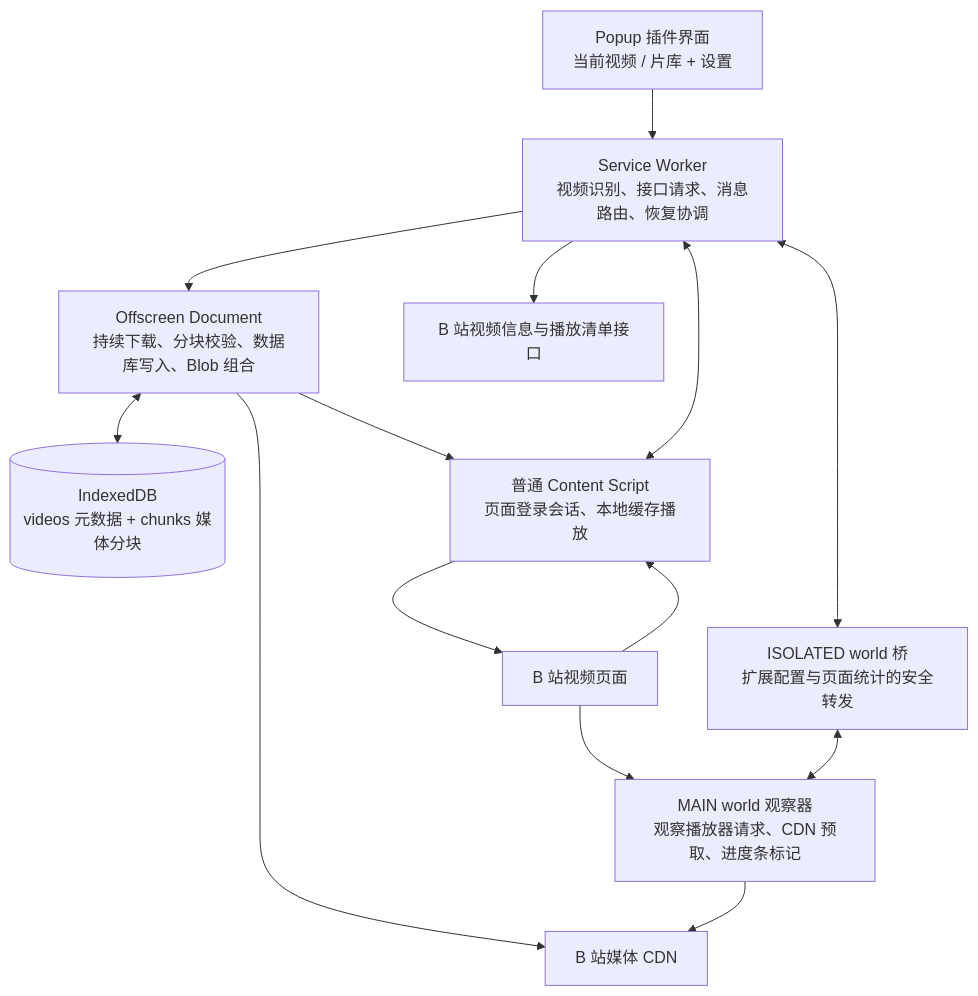
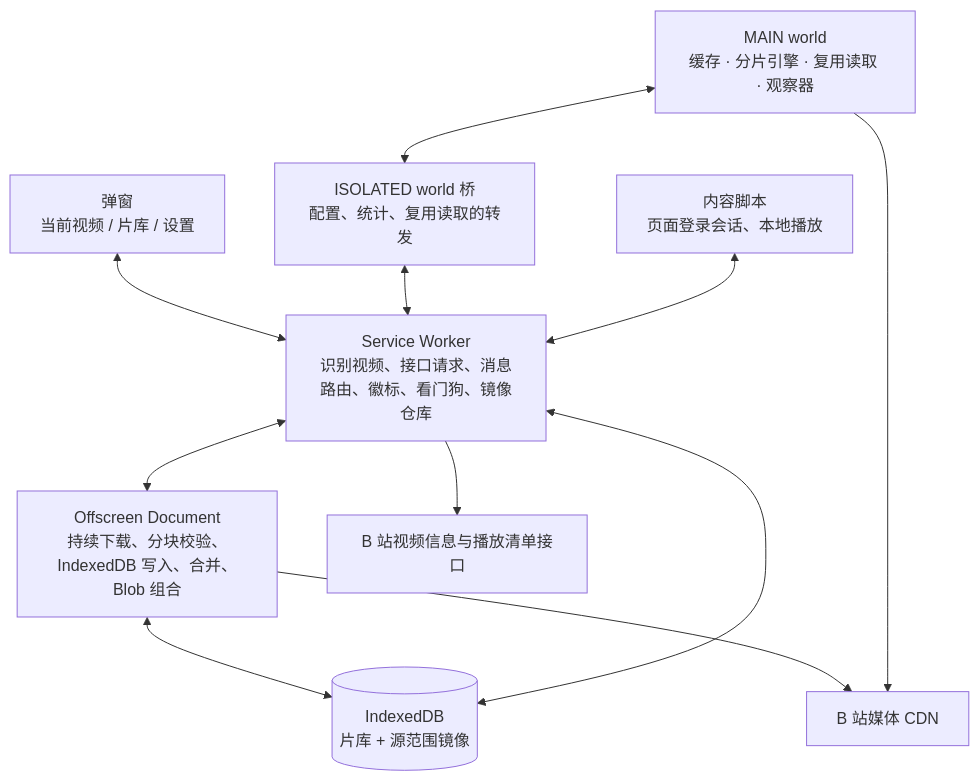
One commit to Kihara-Ri/bilibili-buffer-extension changed the diagram in 技术文档.md. Above: the diagram before and after it, drawn with Mermaid. The commit also changed other lines of this file and 27 other files, not shown here.

````diff
--- a/技术文档.md
+++ b/技术文档.md
@@ -31,28 +51,23 @@
 ```mermaid
 flowchart TB
-    UI["Popup 插件界面<br/>当前视频 / 片库 + 设置"]
-    BG["Service Worker<br/>视频识别、接口请求、消息路由、恢复协调"]
-    OFF["Offscreen Document<br/>持续下载、分块校验、数据库写入、Blob 组合"]
-    DB[("IndexedDB<br/>videos 元数据 + chunks 媒体分块")]
-    PAGE["B 站视频页面"]
-    MAIN["MAIN world 观察器<br/>观察播放器请求、CDN 预取、进度条标记"]
-    BRIDGE["ISOLATED world 桥<br/>扩展配置与页面统计的安全转发"]
-    CONTENT["普通 Content Script<br/>页面登录会话、本地缓存播放"]
+    UI["弹窗<br/>当前视频 / 片库 / 设置"]
+    BG["Service Worker<br/>识别视频、接口请求、消息路由、徽标、看门狗、镜像仓库"]
+    OFF["Offscreen Document<br/>持续下载、分块校验、IndexedDB 写入、合并、Blob 组合"]
+    DB[("IndexedDB<br/>片库 + 源范围镜像")]
+    MAIN["MAIN world<br/>缓存 · 分片引擎 · 复用读取 · 观察器"]
+    BRIDGE["ISOLATED world 桥<br/>配置、统计、复用读取的转发"]
+    CONTENT["内容脚本<br/>页面登录会话、本地播放"]
     API["B 站视频信息与播放清单接口"]
     CDN["B 站媒体 CDN"]
 
-    UI --> BG
+    UI <--> BG
     BG --> API
-    BG --> OFF
+    BG <--> OFF
     OFF <--> DB
+    BG <--> DB
     OFF --> CDN
-
-    PAGE --> MAIN
-    PAGE --> CONTENT
-    BRIDGE <--> MAIN
-    BG <--> BRIDGE
+    MAIN <--> BRIDGE
+    BRIDGE <--> BG
     CONTENT <--> BG
     MAIN --> CDN
-    OFF --> CONTENT
-    CONTENT --> PAGE
 ```
````
